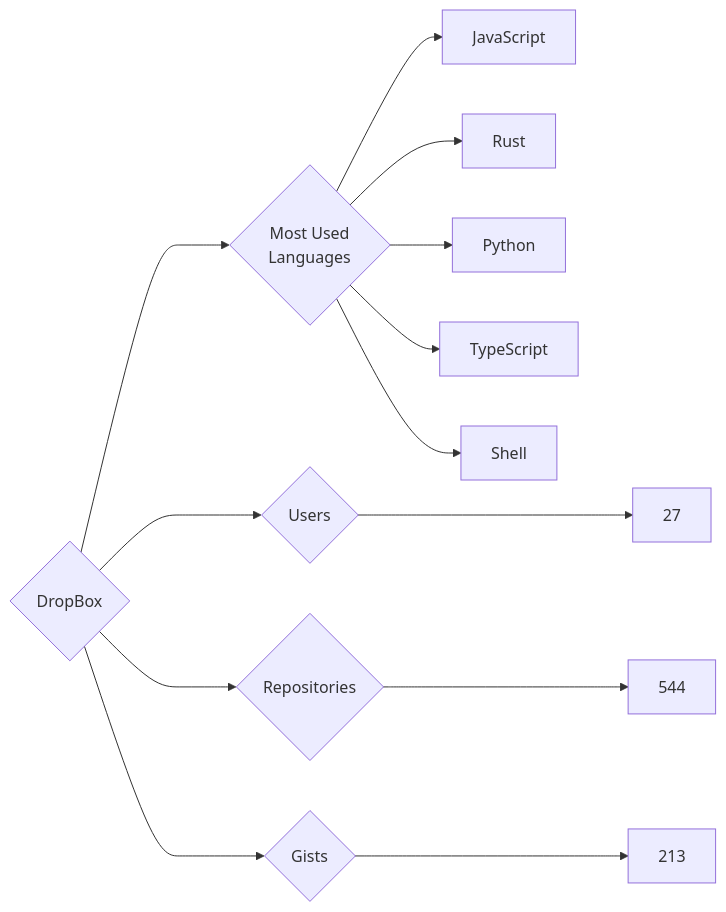
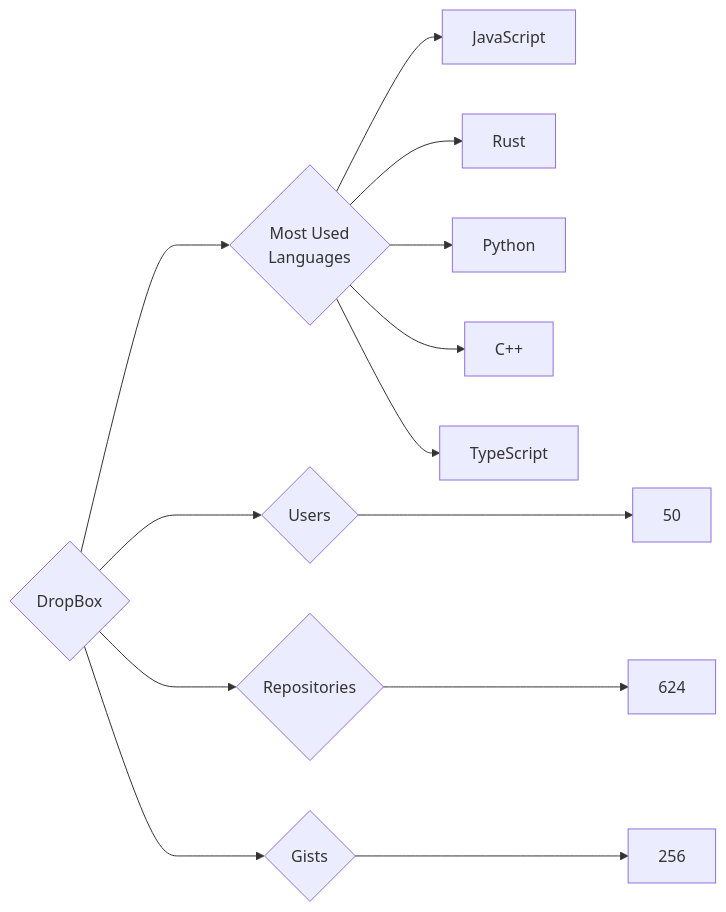
Before and after one commit to trickest/insiders: the diagram in targets/DropBox/README.md, drawn with Mermaid. The commit also changed 934 other files, not shown here.

````diff
--- a/targets/DropBox/README.md
+++ b/targets/DropBox/README.md
@@ -3,13 +3,13 @@
 ```mermaid
 graph LR
 COMPANY_NAME{DropBox}
-COMPANY_NAME ---> U{Users} ---> UN[27]
-COMPANY_NAME ---> R{Repositories} ---> RN[544]
-COMPANY_NAME ---> G{Gists} ---> GN[213]
+COMPANY_NAME ---> U{Users} ---> UN[50]
+COMPANY_NAME ---> R{Repositories} ---> RN[624]
+COMPANY_NAME ---> G{Gists} ---> GN[256]
 COMPANY_NAME ---> ML{Most Used<br>Languages}
 ML --> JavaScript[JavaScript]
 ML --> Rust[Rust]
 ML --> Python[Python]
+ML --> C++[C++]
 ML --> TypeScript[TypeScript]
-ML --> Shell[Shell]
 ```
````
